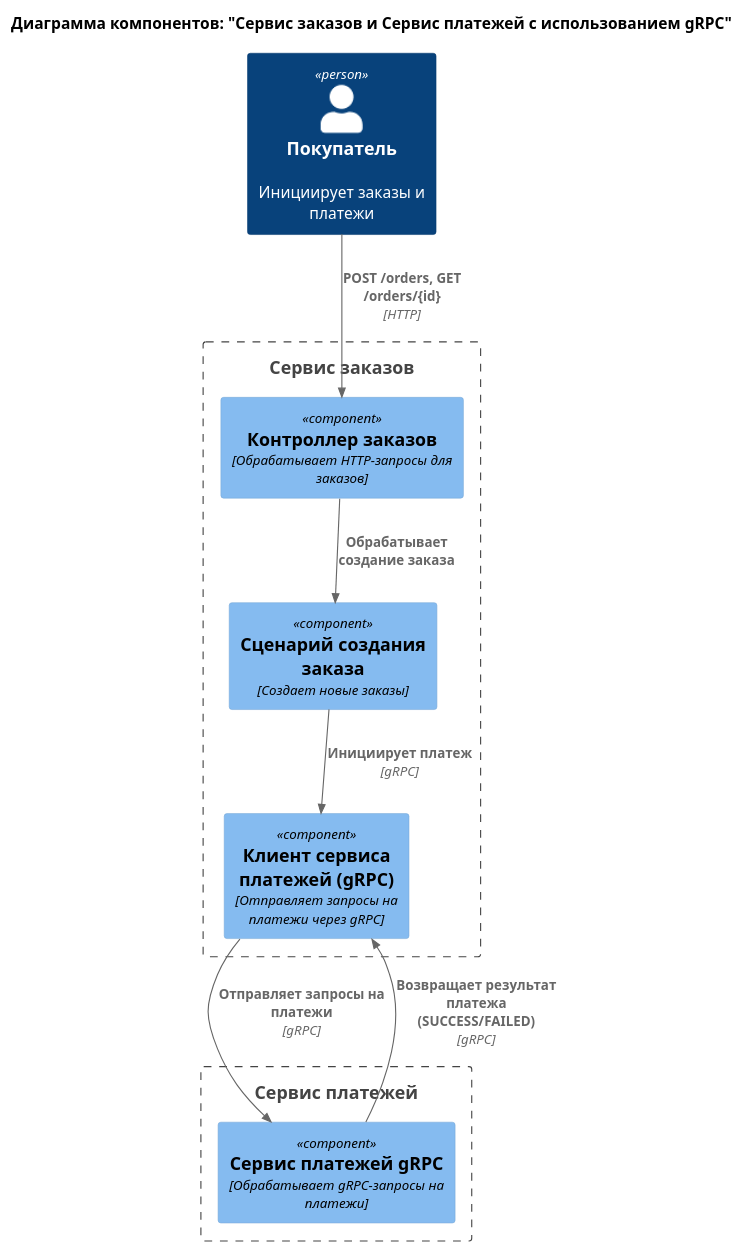
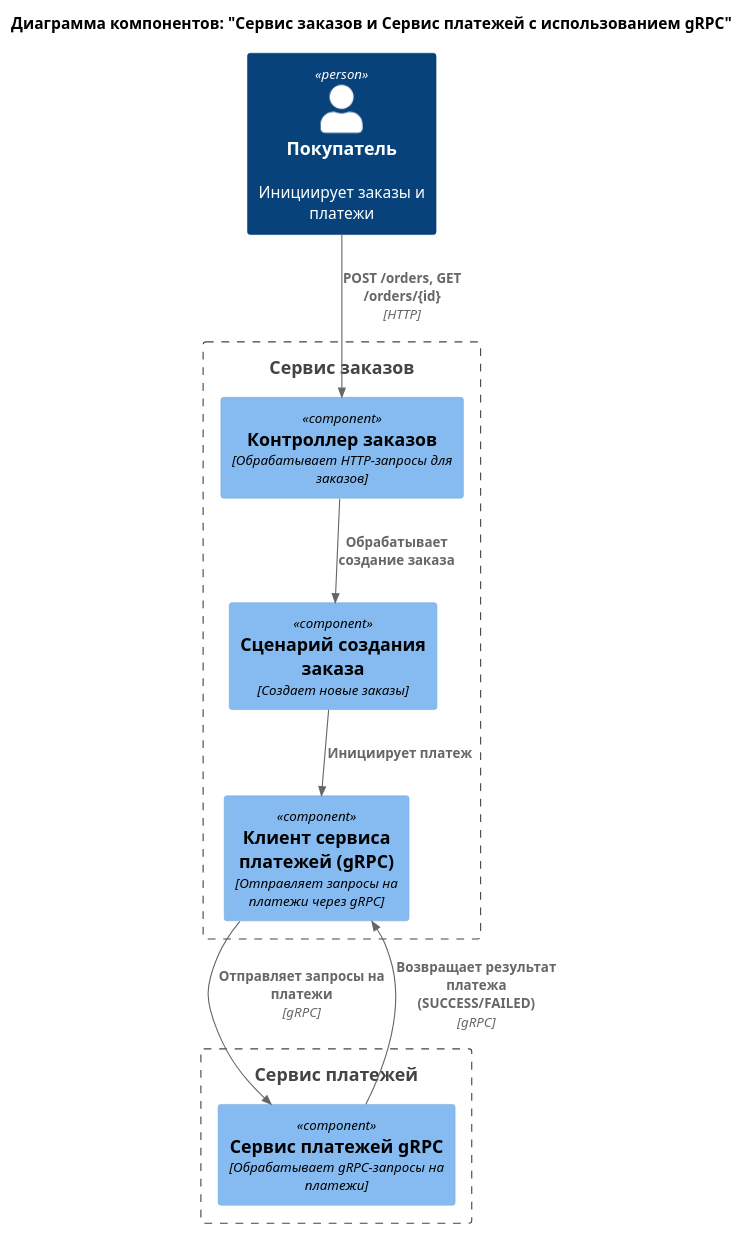
One commit to Lehater/msa-grpc-service-example changed the diagram in docs/diagrams/c4_components.puml. Above: the diagram before and after it, drawn with PlantUML. The commit also changed 1 other file, not shown here.

Commit message:
feat: diagram fixed

```diff
--- a/docs/diagrams/c4_components.puml
+++ b/docs/diagrams/c4_components.puml
@@ -1,22 +1,22 @@
 @startuml
 !include <C4/C4_Component>
 
 title Диаграмма компонентов: "Сервис заказов и Сервис платежей с использованием gRPC"
 
 Person(Customer, "Покупатель", "Инициирует заказы и платежи")
 Boundary(order_service, "Сервис заказов") {
     Component(OrderController, "Контроллер заказов", "Обрабатывает HTTP-запросы для заказов")
     Component(CreateOrderUseCase, "Сценарий создания заказа", "Создает новые заказы")
     Component(PaymentServiceClient, "Клиент сервиса платежей (gRPC)", "Отправляет запросы на платежи через gRPC")
 }
 
 Boundary(payment_service, "Сервис платежей") {
     Component(PaymentServiceGrpc, "Сервис платежей gRPC", "Обрабатывает gRPC-запросы на платежи")
 }
 
 Rel(Customer, OrderController, "POST /orders, GET /orders/{id}", "HTTP")
 Rel(OrderController, CreateOrderUseCase, "Обрабатывает создание заказа")
-Rel(CreateOrderUseCase, PaymentServiceClient, "Инициирует платеж", "gRPC")
+Rel(CreateOrderUseCase, PaymentServiceClient, "Инициирует платеж")
 Rel(PaymentServiceClient, PaymentServiceGrpc, "Отправляет запросы на платежи", "gRPC")
 Rel(PaymentServiceGrpc, PaymentServiceClient, "Возвращает результат платежа (SUCCESS/FAILED)", "gRPC")
 @enduml
```
